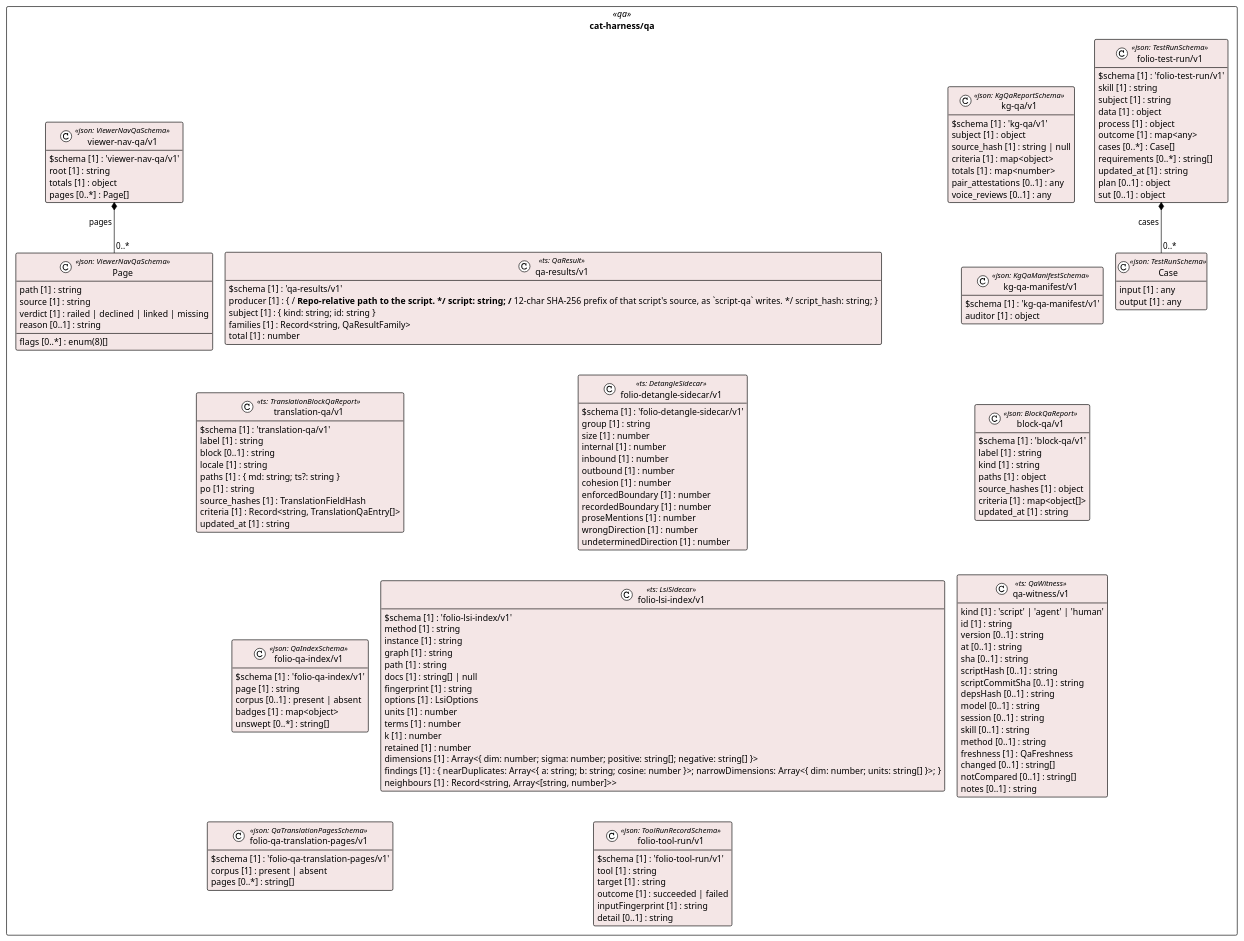
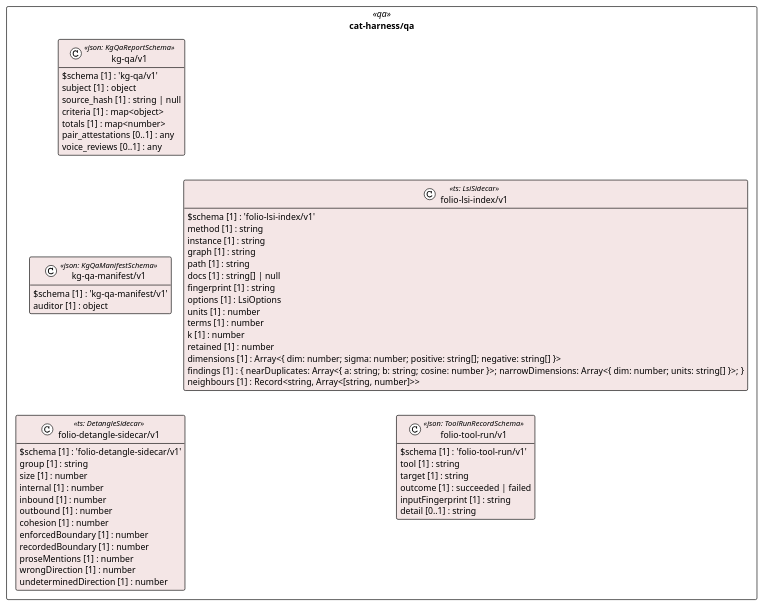
Before and after one commit to litlfred/folio-assistant: the diagram in cat-harness/uml/overview/cat-harness/qa.puml, drawn with PlantUML. The commit also changed 17 other files, not shown here.

```diff
--- a/cat-harness/uml/overview/cat-harness/qa.puml
+++ b/cat-harness/uml/overview/cat-harness/qa.puml
@@ -3,153 +3,64 @@
 @startuml cat_harness_qa
 !pragma layout elk
 !theme plain
 skinparam classAttributeIconSize 0
 skinparam shadowing false
 skinparam packageStyle rectangle
 hide empty methods
 
 package "cat-harness/qa" as pkg_cat_harness_qa <<qa>> {
   class "kg-qa/v1" as cat_harness_qa_kg_qa_v1_kg_qa_v1 <<json: KgQaReportSchema>> #f4e6e6 {
     $schema [1] : 'kg-qa/v1'
     subject [1] : object
     source_hash [1] : string | null
     criteria [1] : map<object>
     totals [1] : map<number>
     pair_attestations [0..1] : any
     voice_reviews [0..1] : any
   }
   class "kg-qa-manifest/v1" as cat_harness_qa_kg_qa_manifest_v1_kg_qa_manifest_v1 <<json: KgQaManifestSchema>> #f4e6e6 {
     $schema [1] : 'kg-qa-manifest/v1'
     auditor [1] : object
-  }
-  class "block-qa/v1" as cat_harness_qa_block_qa_v1_block_qa_v1 <<json: BlockQaReport>> #f4e6e6 {
-    $schema [1] : 'block-qa/v1'
-    label [1] : string
-    kind [1] : string
-    paths [1] : object
-    source_hashes [1] : object
-    criteria [1] : map<object[]>
-    updated_at [1] : string
-  }
-  class "Case" as cat_harness_qa_folio_test_run_v1_Case <<json: TestRunSchema>> #f4e6e6 {
-    input [1] : any
-    output [1] : any
-  }
-  class "folio-test-run/v1" as cat_harness_qa_folio_test_run_v1_folio_test_run_v1 <<json: TestRunSchema>> #f4e6e6 {
-    $schema [1] : 'folio-test-run/v1'
-    skill [1] : string
-    subject [1] : string
-    data [1] : object
-    process [1] : object
-    outcome [1] : map<any>
-    cases [0..*] : Case[]
-    requirements [0..*] : string[]
-    updated_at [1] : string
-    plan [0..1] : object
-    sut [0..1] : object
-  }
-  class "qa-witness/v1" as cat_harness_qa_qa_witness_v1 <<ts: QaWitness>> #f4e6e6 {
-    kind [1] : 'script' | 'agent' | 'human'
-    id [1] : string
-    version [0..1] : string
-    at [0..1] : string
-    sha [0..1] : string
-    scriptHash [0..1] : string
-    scriptCommitSha [0..1] : string
-    depsHash [0..1] : string
-    model [0..1] : string
-    session [0..1] : string
-    skill [0..1] : string
-    method [0..1] : string
-    freshness [1] : QaFreshness
-    changed [0..1] : string[]
-    notCompared [0..1] : string[]
-    notes [0..1] : string
-  }
-  class "qa-results/v1" as cat_harness_qa_qa_results_v1 <<ts: QaResult>> #f4e6e6 {
-    $schema [1] : 'qa-results/v1'
-    producer [1] : { /** Repo-relative path to the script. */ script: string; /** 12-char SHA-256 prefix of that script's source, as `script-qa` writes. */ script_hash: string; }
-    subject [1] : { kind: string; id: string }
-    families [1] : Record<string, QaResultFamily>
-    total [1] : number
-  }
-  class "translation-qa/v1" as cat_harness_qa_translation_qa_v1 <<ts: TranslationBlockQaReport>> #f4e6e6 {
-    $schema [1] : 'translation-qa/v1'
-    label [1] : string
-    block [0..1] : string
-    locale [1] : string
-    paths [1] : { md: string; ts?: string }
-    po [1] : string
-    source_hashes [1] : TranslationFieldHash
-    criteria [1] : Record<string, TranslationQaEntry[]>
-    updated_at [1] : string
-  }
-  class "folio-qa-index/v1" as cat_harness_qa_folio_qa_index_v1_folio_qa_index_v1 <<json: QaIndexSchema>> #f4e6e6 {
-    $schema [1] : 'folio-qa-index/v1'
-    page [1] : string
-    corpus [0..1] : present | absent
-    badges [1] : map<object>
-    unswept [0..*] : string[]
-  }
-  class "folio-qa-translation-pages/v1" as cat_harness_qa_folio_qa_translation_pages_v1_folio_qa_translation_pages_v1 <<json: QaTranslationPagesSchema>> #f4e6e6 {
-    $schema [1] : 'folio-qa-translation-pages/v1'
-    corpus [1] : present | absent
-    pages [0..*] : string[]
   }
   class "folio-detangle-sidecar/v1" as cat_harness_qa_folio_detangle_sidecar_v1 <<ts: DetangleSidecar>> #f4e6e6 {
     $schema [1] : 'folio-detangle-sidecar/v1'
     group [1] : string
     size [1] : number
     internal [1] : number
     inbound [1] : number
     outbound [1] : number
     cohesion [1] : number
     enforcedBoundary [1] : number
     recordedBoundary [1] : number
     proseMentions [1] : number
     wrongDirection [1] : number
     undeterminedDirection [1] : number
   }
   class "folio-lsi-index/v1" as cat_harness_qa_folio_lsi_index_v1 <<ts: LsiSidecar>> #f4e6e6 {
     $schema [1] : 'folio-lsi-index/v1'
     method [1] : string
     instance [1] : string
     graph [1] : string
     path [1] : string
     docs [1] : string[] | null
     fingerprint [1] : string
     options [1] : LsiOptions
     units [1] : number
     terms [1] : number
     k [1] : number
     retained [1] : number
     dimensions [1] : Array<{ dim: number; sigma: number; positive: string[]; negative: string[] }>
     findings [1] : { nearDuplicates: Array<{ a: string; b: string; cosine: number }>; narrowDimensions: Array<{ dim: number; units: string[] }>; }
     neighbours [1] : Record<string, Array<[string, number]>>
   }
   class "folio-tool-run/v1" as cat_harness_qa_folio_tool_run_v1_folio_tool_run_v1 <<json: ToolRunRecordSchema>> #f4e6e6 {
     $schema [1] : 'folio-tool-run/v1'
     tool [1] : string
     target [1] : string
     outcome [1] : succeeded | failed
     inputFingerprint [1] : string
     detail [0..1] : string
   }
-  class "Page" as cat_harness_qa_viewer_nav_qa_v1_Page <<json: ViewerNavQaSchema>> #f4e6e6 {
-    path [1] : string
-    source [1] : string
-    verdict [1] : railed | declined | linked | missing
-    reason [0..1] : string
-    flags [0..*] : enum(8)[]
-  }
-  class "viewer-nav-qa/v1" as cat_harness_qa_viewer_nav_qa_v1_viewer_nav_qa_v1 <<json: ViewerNavQaSchema>> #f4e6e6 {
-    $schema [1] : 'viewer-nav-qa/v1'
-    root [1] : string
-    totals [1] : object
-    pages [0..*] : Page[]
-  }
 }
 
-cat_harness_qa_folio_test_run_v1_folio_test_run_v1 *-- "0..*" cat_harness_qa_folio_test_run_v1_Case : cases
-cat_harness_qa_viewer_nav_qa_v1_viewer_nav_qa_v1 *-- "0..*" cat_harness_qa_viewer_nav_qa_v1_Page : pages
 @enduml
```
